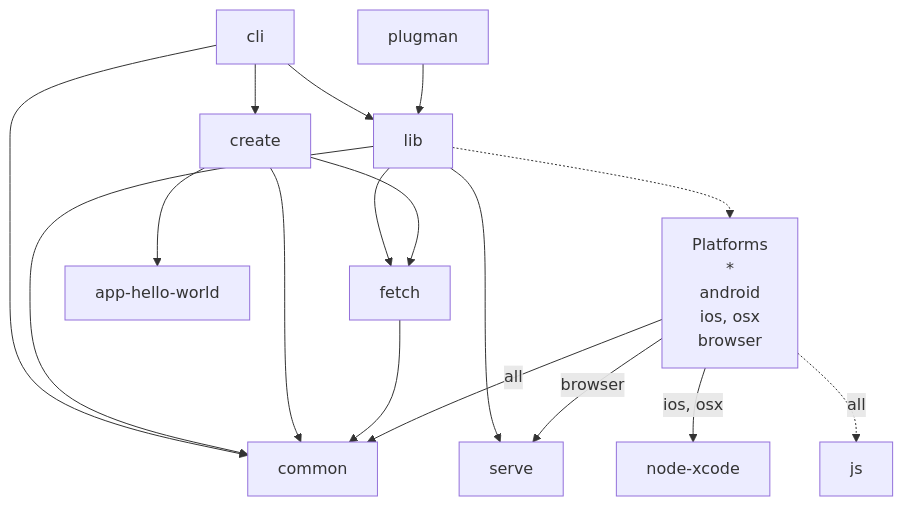
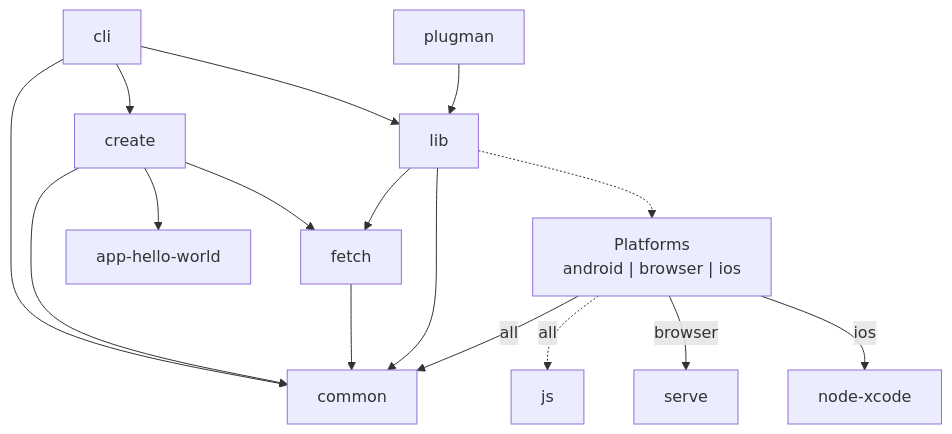
One commit to apache/cordova changed the diagram in README.md. Above: the diagram before and after it, drawn with Mermaid.

Commit message:
Update cordova dependency graph
- Avoid lines overlapping other lines and boxes
- Tidy up code

````diff
--- a/README.md
+++ b/README.md
@@ -20,30 +20,25 @@
 ```mermaid
 graph TD
+    cli --> common
+
+    create --> common
+    create --> app-hello-world
+    create --> fetch
+    
+    fetch --> common
+    
+    lib --> fetch
+    lib --> common
+    lib -.-> platforms
+    
+    cli --> create
     cli --> lib
-    cli --> create
-    cli --> common
 
     plugman --> lib
 
-    lib --> fetch
-    lib --> serve
-    lib --> common
-    lib -.-> platforms
-
-    create --> fetch
-    create --> app-hello-world
-    create --> common
-
-    fetch --> common
-
-    platforms["`Platforms
-      *
-      android
-      ios, osx
-      browser`"]
-
-    platforms -->|ios, osx| node-xcode
-    platforms -->|browser| serve
     platforms -->|all| common
     platforms -.->|all| js
+    platforms -->|browser| serve
+    platforms -->|ios| node-xcode
+    platforms["Platforms<br/>android | browser | ios"]
 ```
````
